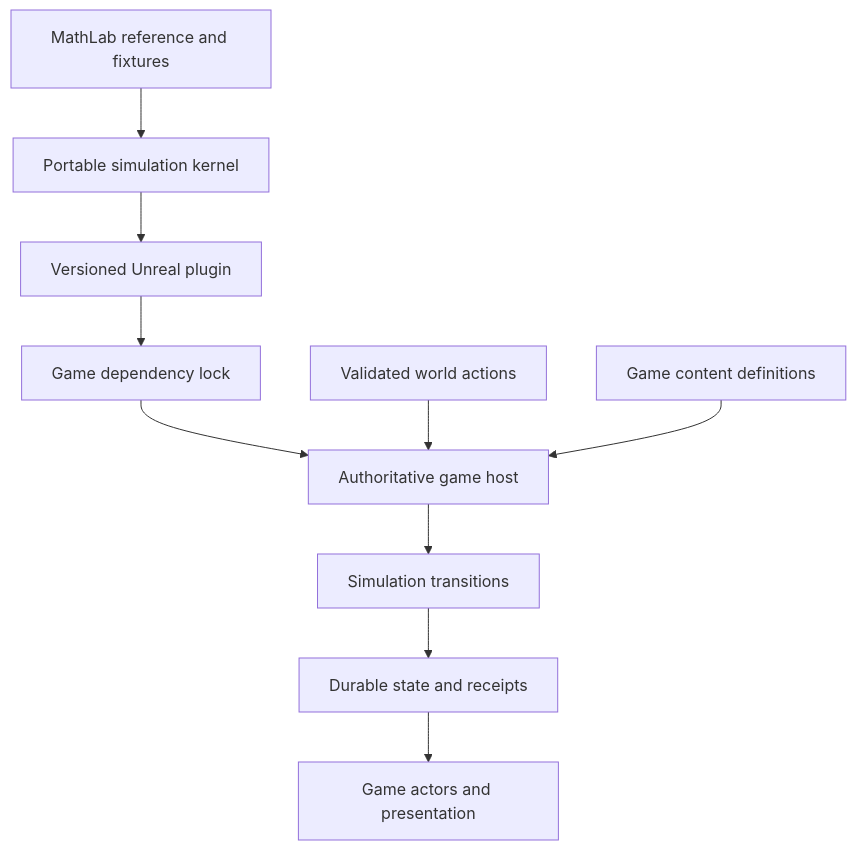
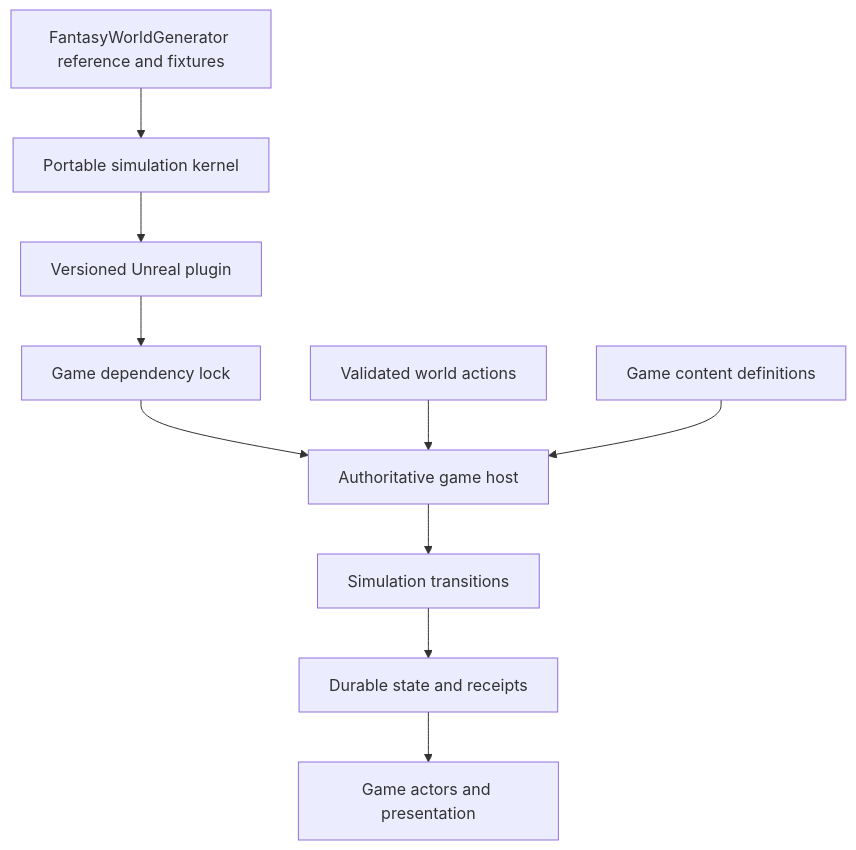
Before and after one commit to davgor/FantasyWorldGenerator: the first of 2 diagrams in PLAN.md, drawn with Mermaid. The commit also changed other lines of this file and 71 other files, not shown here.

````diff
--- a/PLAN.md
+++ b/PLAN.md
@@ -169,12 +169,12 @@
 ```mermaid
 flowchart TD
-  L["MathLab reference and fixtures"] --> K["Portable simulation kernel"]
+  L["FantasyWorldGenerator reference and fixtures"] --> K["Portable simulation kernel"]
   K --> P["Versioned Unreal plugin"]
   P --> G["Game dependency lock"]
   G --> H["Authoritative game host"]
   A["Validated world actions"] --> H
   H --> S["Simulation transitions"]
   S --> D["Durable state and receipts"]
   D --> V["Game actors and presentation"]
   C["Game content definitions"] --> H
 ```
````
